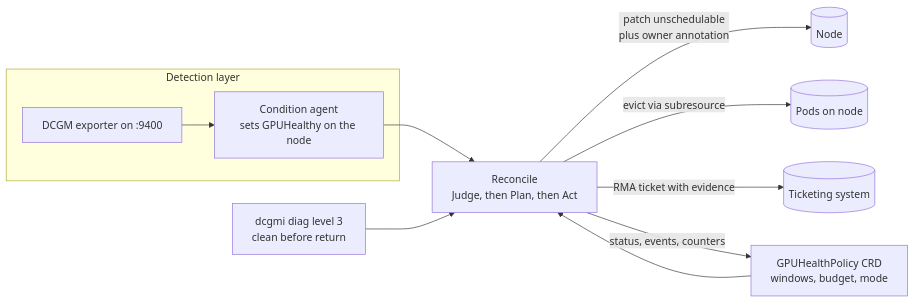
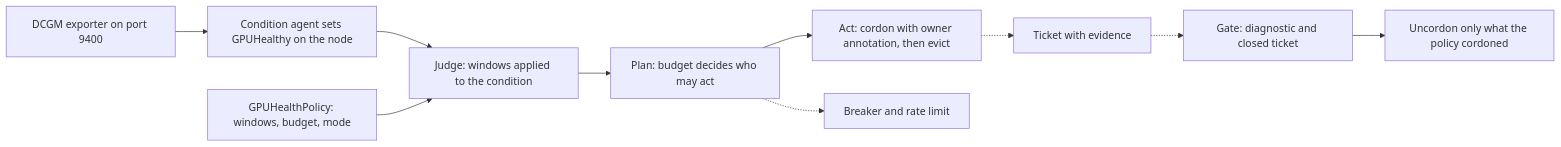
One commit to jithinpnjm/ai-infra-handbook changed the first of 2 diagrams in docs/part-19-capstone/06-capstone-node-health-automation-with-dcgm-and-an-operator.md. Above: the diagram before and after it, drawn with Mermaid. The commit also changed other lines of this file and 263 other files, not shown here.

````diff
--- a/docs/part-19-capstone/06-capstone-node-health-automation-with-dcgm-and-an-operator.md
+++ b/docs/part-19-capstone/06-capstone-node-health-automation-with-dcgm-and-an-operator.md
@@ -286,15 +548,12 @@
 ```mermaid
 flowchart LR
-    subgraph Detect["Detection layer"]
-        EXP["DCGM exporter on :9400"]
-        COND["Condition agent<br/>sets GPUHealthy on the node"]
-    end
-    EXP --> COND
-    POL["GPUHealthPolicy CRD<br/>windows, budget, mode"] --> REC
-    COND --> REC["Reconcile<br/>Judge, then Plan, then Act"]
-    REC -- "patch unschedulable<br/>plus owner annotation" --> NODE[(Node)]
-    REC -- "evict via subresource" --> PODS[(Pods on node)]
-    REC -- "RMA ticket with evidence" --> TICKET[(Ticketing system)]
-    REC -- "status, events, counters" --> POL
-    DIAG["dcgmi diag level 3<br/>clean before return"] --> REC
+    EXP["DCGM exporter on port 9400"] --> AGENT["Condition agent sets GPUHealthy on the node"]
+    AGENT --> JUDGE["Judge: windows applied to the condition"]
+    POL["GPUHealthPolicy: windows, budget, mode"] --> JUDGE
+    JUDGE --> PLAN["Plan: budget decides who may act"]
+    PLAN --> ACT["Act: cordon with owner annotation, then evict"]
+    PLAN -.-> BREAK["Breaker and rate limit"]
+    ACT -.-> TICKET["Ticket with evidence"]
+    TICKET -.-> GATE["Gate: diagnostic and closed ticket"]
+    GATE --> BACK["Uncordon only what the policy cordoned"]
 ```
````
